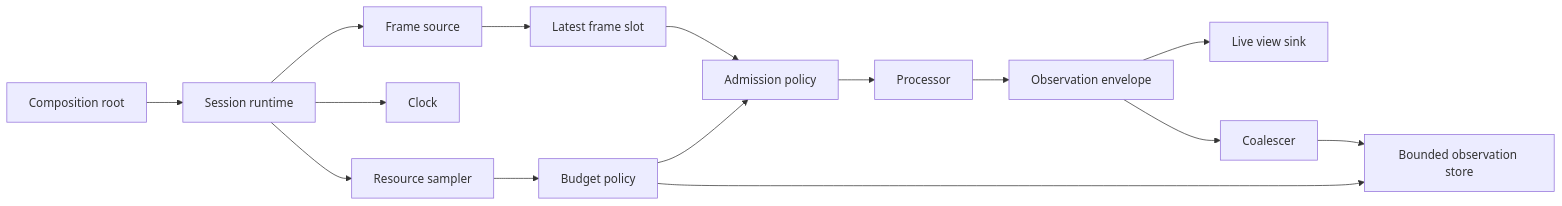
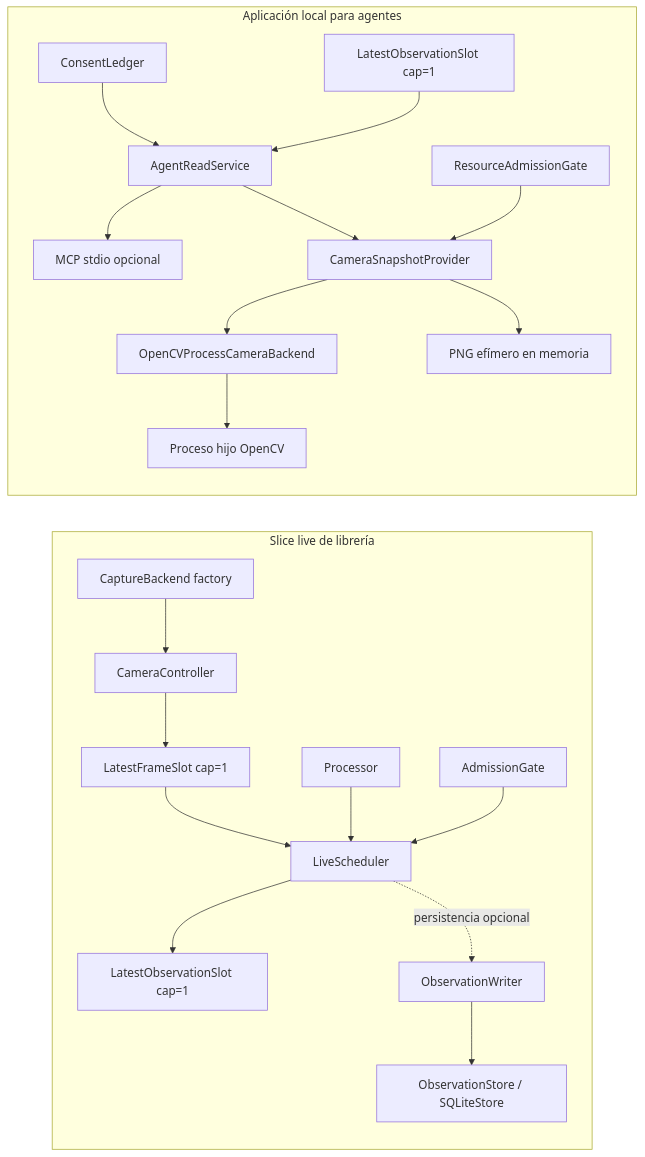
Before and after one commit to charle-z/viskium: the diagram in docs/architecture/overview.md, drawn with Mermaid. The commit also changed other lines of this file and 79 other files, not shown here.

Commit message:
feat: build bounded local perception runtime

````diff
--- a/docs/architecture/overview.md
+++ b/docs/architecture/overview.md
@@ -7,17 +15,24 @@
 ```mermaid
 flowchart LR
-    CR[Composition root] --> RT[Session runtime]
-    RT --> SRC[Frame source]
-    SRC --> SLOT[Latest frame slot]
-    SLOT --> ADM[Admission policy]
-    ADM --> PROC[Processor]
-    PROC --> OBS[Observation envelope]
-    OBS --> VIEW[Live view sink]
-    OBS --> COAL[Coalescer]
-    COAL --> STORE[Bounded observation store]
-    RT --> CLOCK[Clock]
-    RT --> SAMPLE[Resource sampler]
-    SAMPLE --> BUDGET[Budget policy]
-    BUDGET --> ADM
-    BUDGET --> STORE
+    subgraph LIVE["Slice live de librería"]
+        BF[CaptureBackend factory] --> CC[CameraController]
+        CC --> LF[LatestFrameSlot cap=1]
+        LF --> LS[LiveScheduler]
+        PROC[Processor] --> LS
+        ADM1[AdmissionGate] --> LS
+        LS --> LO[LatestObservationSlot cap=1]
+        LS -. persistencia opcional .-> OW[ObservationWriter]
+        OW --> STORE[ObservationStore / SQLiteStore]
+    end
+
+    subgraph AGENT["Aplicación local para agentes"]
+        CONSENT[ConsentLedger] --> READ[AgentReadService]
+        ALO[LatestObservationSlot cap=1] --> READ
+        READ --> MCP[MCP stdio opcional]
+        READ --> CSP[CameraSnapshotProvider]
+        ADM2[ResourceAdmissionGate] --> CSP
+        CSP --> OCV[OpenCVProcessCameraBackend]
+        OCV --> CHILD[Proceso hijo OpenCV]
+        CSP --> PNG[PNG efímero en memoria]
+    end
 ```
````
